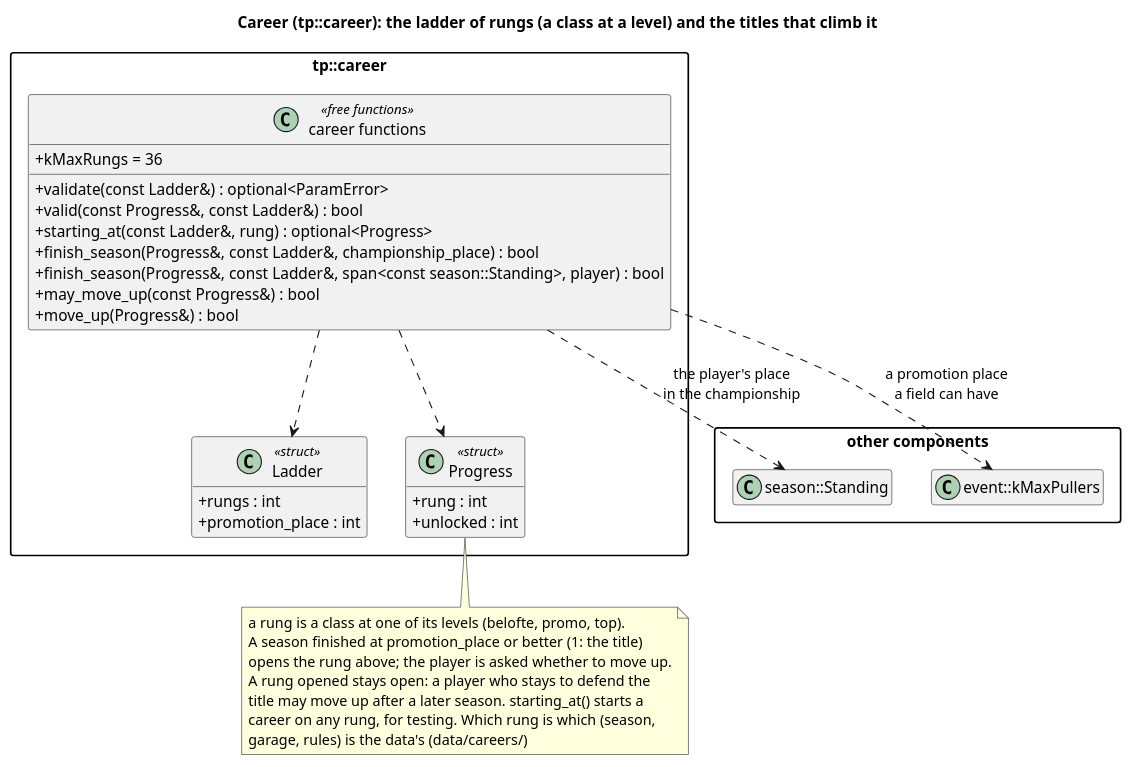
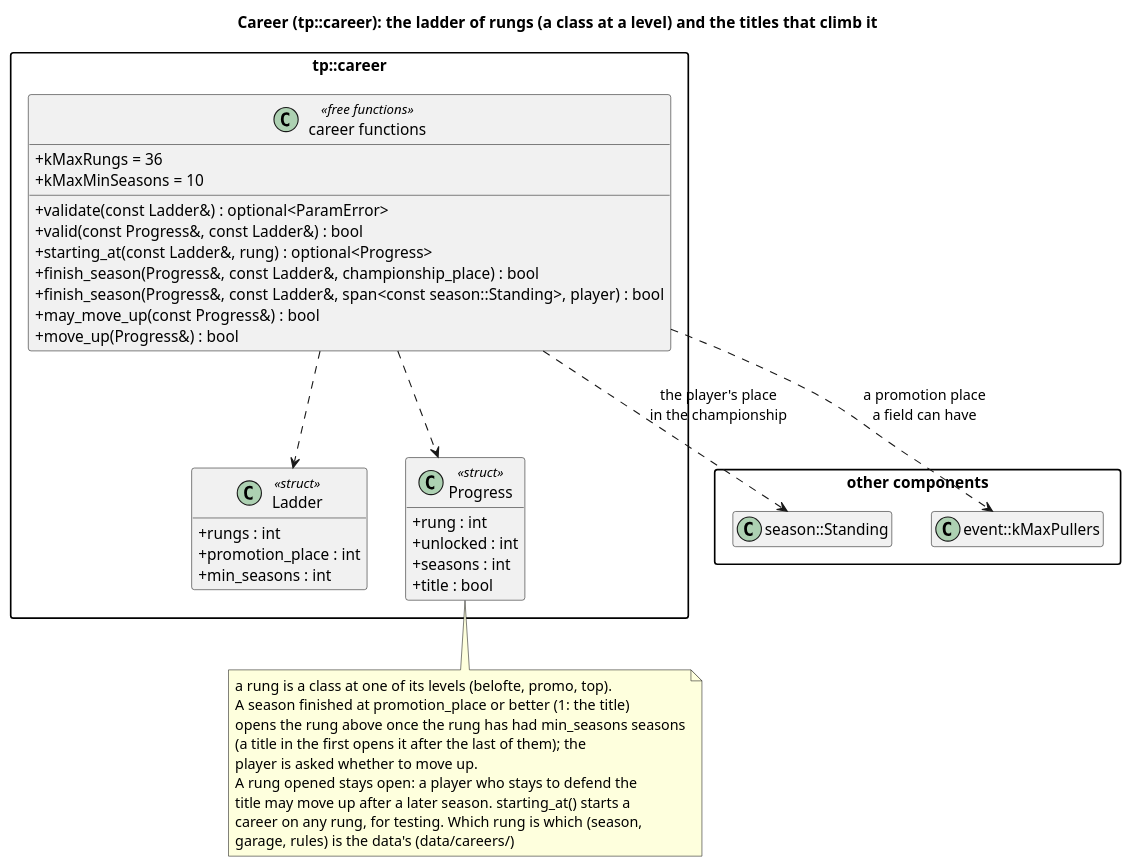
The diagram in docs/diagrams/career_classes.puml (wversteeg/TractorPulling), drawn with PlantUML before and after one commit. The commit also changed 5 other files, not shown here.

```diff
--- a/docs/diagrams/career_classes.puml
+++ b/docs/diagrams/career_classes.puml
@@ -1,45 +1,51 @@
 @startuml career_classes
 title Career (tp::career): the ladder of rungs (a class at a level) and the titles that climb it
 hide empty members
 skinparam packageStyle rectangle
 skinparam classAttributeIconSize 0
 
 package "other components" {
   class "season::Standing" as SeasonStanding
   class "event::kMaxPullers" as MaxPullers
 }
 
 package "tp::career" {
   class Ladder <<struct>> {
     +rungs : int
     +promotion_place : int
+    +min_seasons : int
   }
   class Progress <<struct>> {
     +rung : int
     +unlocked : int
+    +seasons : int
+    +title : bool
   }
   class "career functions" as CareerFns <<free functions>> {
     +kMaxRungs = 36
+    +kMaxMinSeasons = 10
     +validate(const Ladder&) : optional<ParamError>
     +valid(const Progress&, const Ladder&) : bool
     +starting_at(const Ladder&, rung) : optional<Progress>
     +finish_season(Progress&, const Ladder&, championship_place) : bool
     +finish_season(Progress&, const Ladder&, span<const season::Standing>, player) : bool
     +may_move_up(const Progress&) : bool
     +move_up(Progress&) : bool
   }
   CareerFns ..> Ladder
   CareerFns ..> Progress
 }
 CareerFns ..> SeasonStanding : the player's place\nin the championship
 CareerFns ..> MaxPullers : a promotion place\na field can have
 note bottom of Progress
   a rung is a class at one of its levels (belofte, promo, top).
   A season finished at promotion_place or better (1: the title)
-  opens the rung above; the player is asked whether to move up.
+  opens the rung above once the rung has had min_seasons seasons
+  (a title in the first opens it after the last of them); the
+  player is asked whether to move up.
   A rung opened stays open: a player who stays to defend the
   title may move up after a later season. starting_at() starts a
   career on any rung, for testing. Which rung is which (season,
   garage, rules) is the data's (data/careers/)
 end note
 @enduml
```
